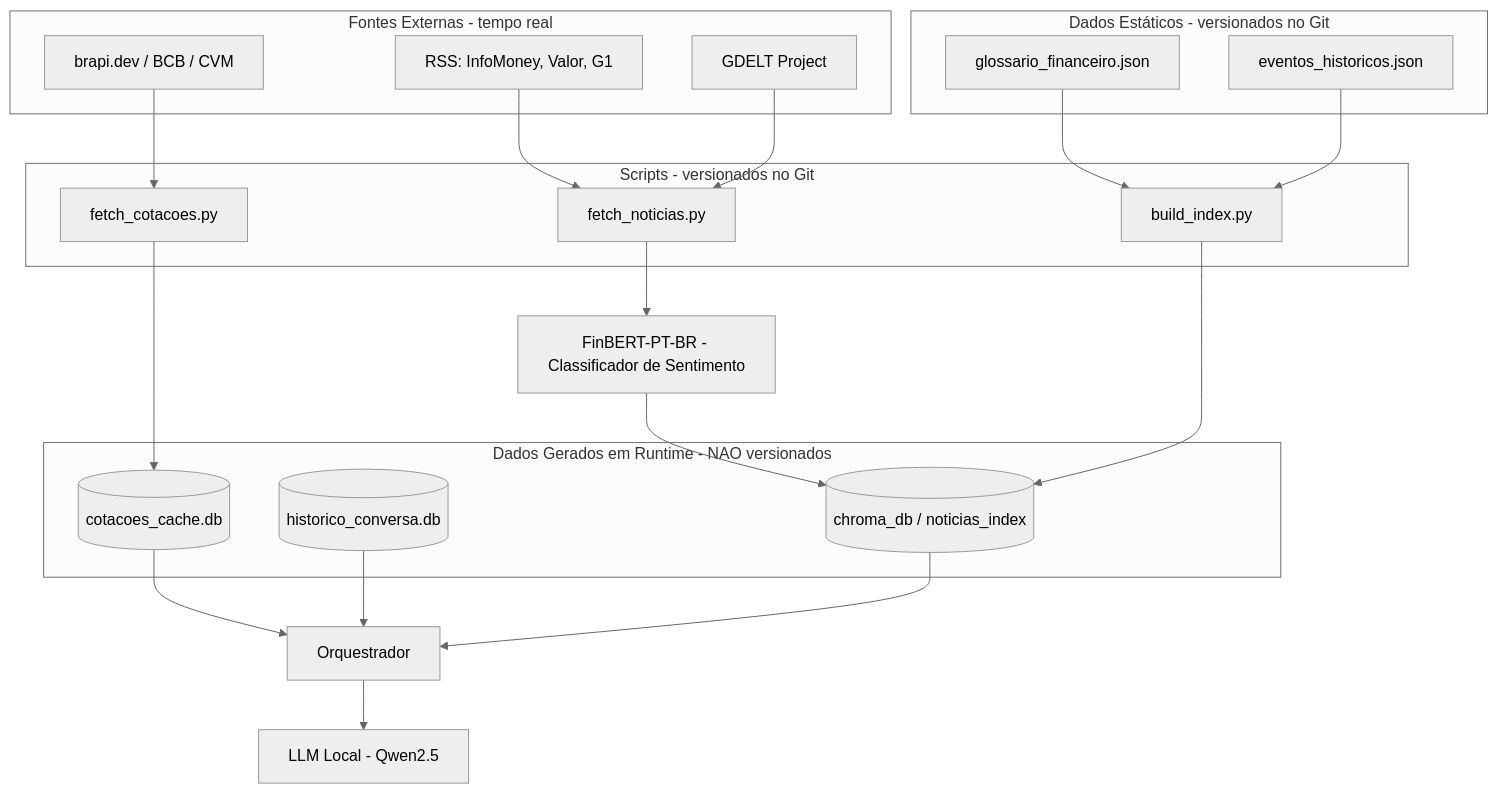
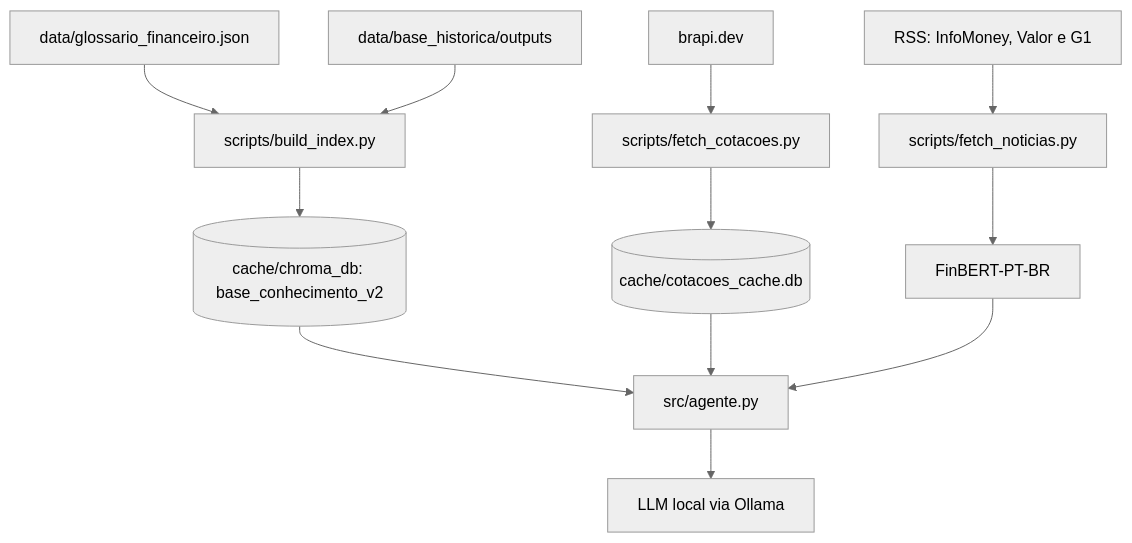
Before and after one commit to ThierryHdaSilva/Assistente_Virtual_LLM: the diagram in docs/02-base-conhecimento.md, drawn with Mermaid (neutral theme). The commit also changed other lines of this file and 239 other files, not shown here.

````diff
--- a/docs/02-base-conhecimento.md
+++ b/docs/02-base-conhecimento.md
@@ -15,40 +16,17 @@
 ```mermaid
 flowchart TD
-    subgraph ESTATICO["Dados Estáticos - versionados no Git"]
-        A1[glossario_financeiro.json]
-        A2[eventos_historicos.json]
-    end
- 
-    subgraph SCRIPTS["Scripts - versionados no Git"]
-        B1[build_index.py]
-        B2[fetch_cotacoes.py]
-        B3[fetch_noticias.py]
-    end
- 
-    subgraph RUNTIME["Dados Gerados em Runtime - NAO versionados"]
-        C1[(cotacoes_cache.db)]
-        C2[(historico_conversa.db)]
-        C3[(chroma_db / noticias_index)]
-    end
- 
-    subgraph EXTERNO["Fontes Externas - tempo real"]
-        D1[brapi.dev / BCB / CVM]
-        D2[RSS: InfoMoney, Valor, G1]
-        D3[GDELT Project]
-    end
- 
-    A1 --> B1
-    A2 --> B1
-    B1 --> C3
- 
-    D1 --> B2 --> C1
-    D2 --> B3
-    D3 --> B3
-    B3 --> FB[FinBERT-PT-BR - Classificador de Sentimento]
-    FB --> C3
- 
-    C1 --> ORQ[Orquestrador]
-    C2 --> ORQ
-    C3 --> ORQ
-    ORQ --> LLM[LLM Local - Qwen2.5]
+    G[data/glossario_financeiro.json] --> I[scripts/build_index.py]
+    E[data/base_historica/outputs] --> I
+    I --> R[(cache/chroma_db: base_conhecimento_v2)]
+
+    B[brapi.dev] --> Q[scripts/fetch_cotacoes.py]
+    Q --> C[(cache/cotacoes_cache.db)]
+
+    N[RSS: InfoMoney, Valor e G1] --> FN[scripts/fetch_noticias.py]
+    FN --> S[FinBERT-PT-BR]
+
+    R --> O[src/agente.py]
+    C --> O
+    S --> O
+    O --> L[LLM local via Ollama]
 ```
````
